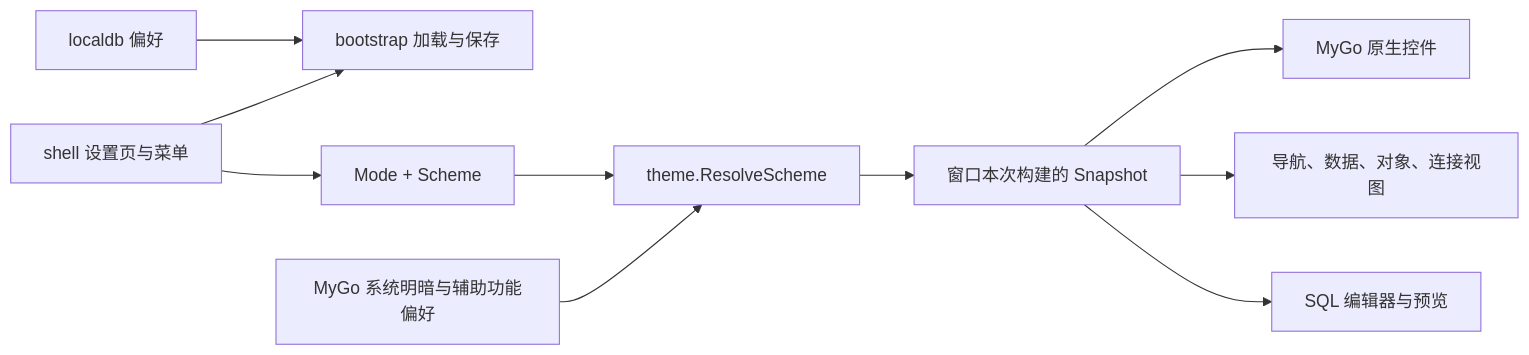
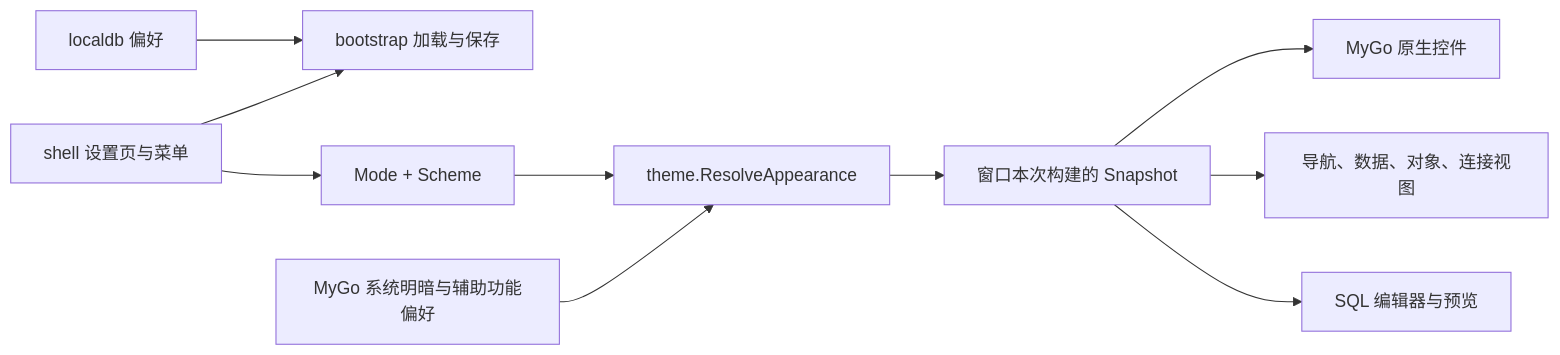
One commit to nyakang/nyadb changed the diagram in docs/THEME_SYSTEM.md. Above: the diagram before and after it, drawn with Mermaid. The commit also changed other lines of this file and 30 other files, not shown here.

````diff
--- a/docs/THEME_SYSTEM.md
+++ b/docs/THEME_SYSTEM.md
@@ -31,12 +31,12 @@
 ```mermaid
 flowchart LR
     DB[localdb 偏好] --> Bootstrap[bootstrap 加载与保存]
     Settings[shell 设置页与菜单] --> Bootstrap
     Settings --> Choice[Mode + Scheme]
-    Choice --> Resolve[theme.ResolveScheme]
+    Choice --> Resolve[theme.ResolveAppearance]
     OS[MyGo 系统明暗与辅助功能偏好] --> Resolve
     Resolve --> Snapshot[窗口本次构建的 Snapshot]
     Snapshot --> Native[MyGo 原生控件]
     Snapshot --> Workbench[导航、数据、对象、连接视图]
     Snapshot --> SQL[SQL 编辑器与预览]
 ```
````
